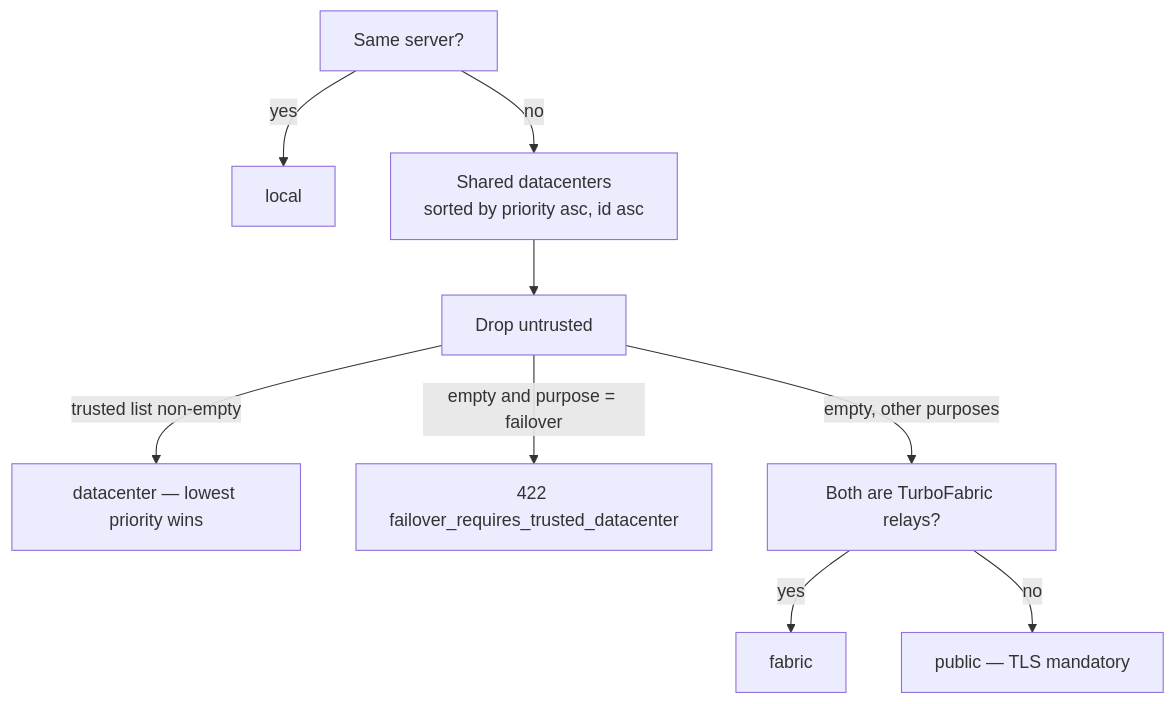
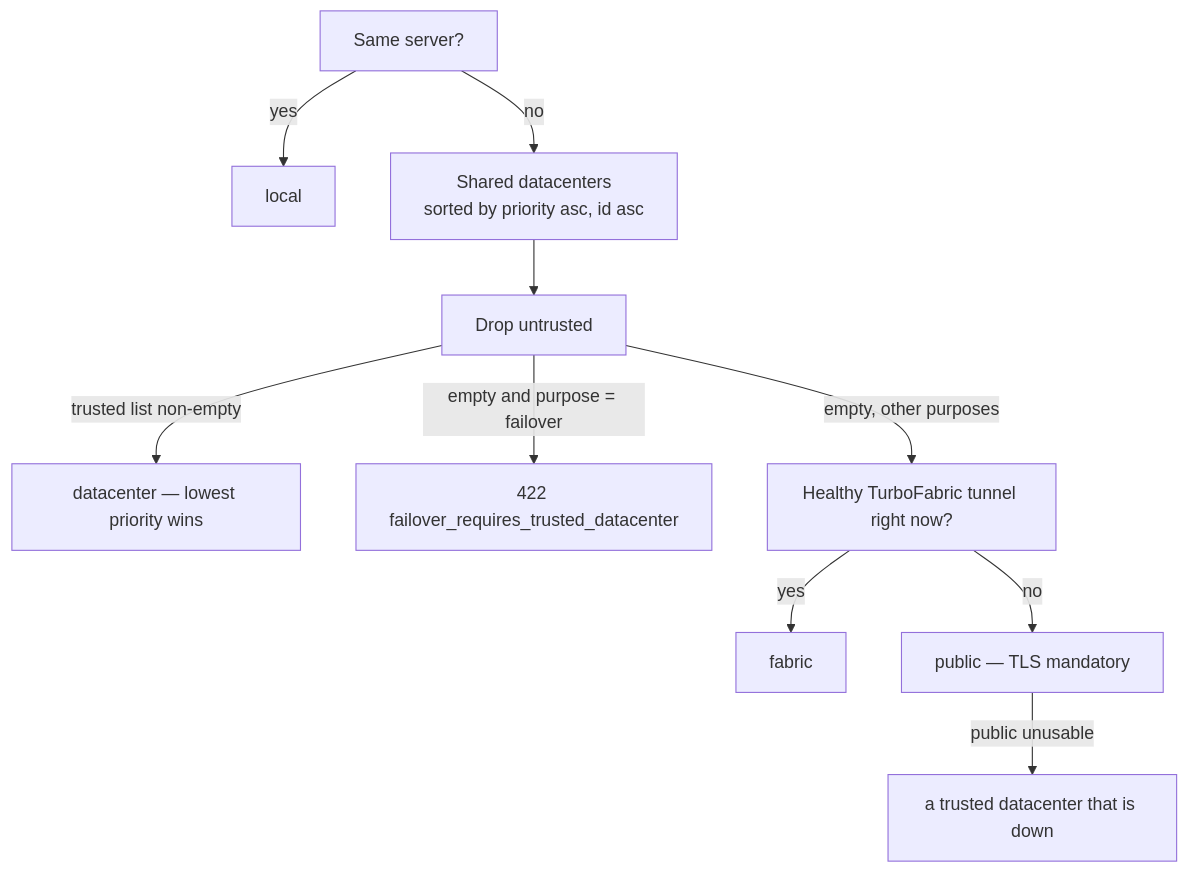
One commit to TurboPanel/website changed the diagram in docs/architecture/datacenter-networks.mdx. Above: the diagram before and after it, drawn with Mermaid. The commit also changed other lines of this file and 5 other files, not shown here.

First line of the commit message:
docs(fabric): trusted and untrusted networks and TurboFabric (#243)

````diff
--- a/docs/architecture/datacenter-networks.mdx
+++ b/docs/architecture/datacenter-networks.mdx
@@ -58,11 +71,12 @@
 ```mermaid
 flowchart TD
   A["Same server?"] -->|yes| L["local"]
   A -->|no| B["Shared datacenters<br/>sorted by priority asc, id asc"]
   B --> C["Drop untrusted"]
   C -->|"trusted list non-empty"| D["datacenter — lowest priority wins"]
   C -->|"empty and purpose = failover"| E["422 failover_requires_trusted_datacenter"]
-  C -->|"empty, other purposes"| F["Both are TurboFabric relays?"]
+  C -->|"empty, other purposes"| F["Healthy TurboFabric tunnel right now?"]
   F -->|yes| G["fabric"]
   F -->|no| H["public — TLS mandatory"]
+  H -->|"public unusable"| I["a trusted datacenter that is down"]
 ```
````
